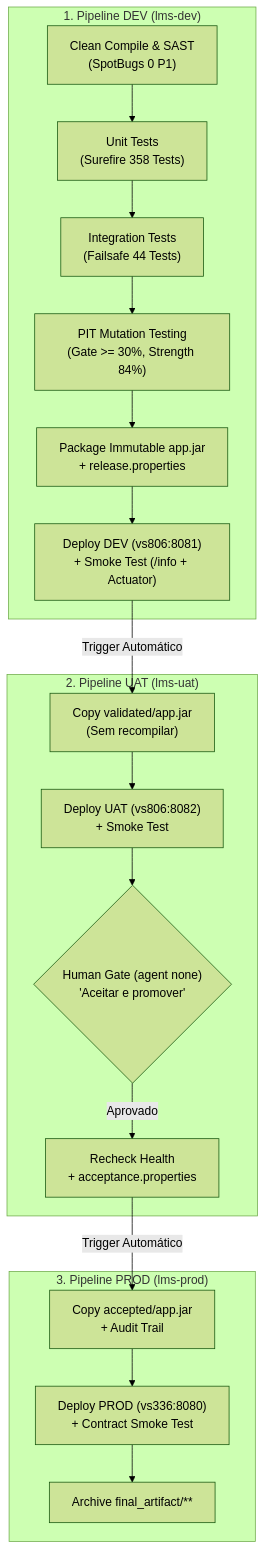
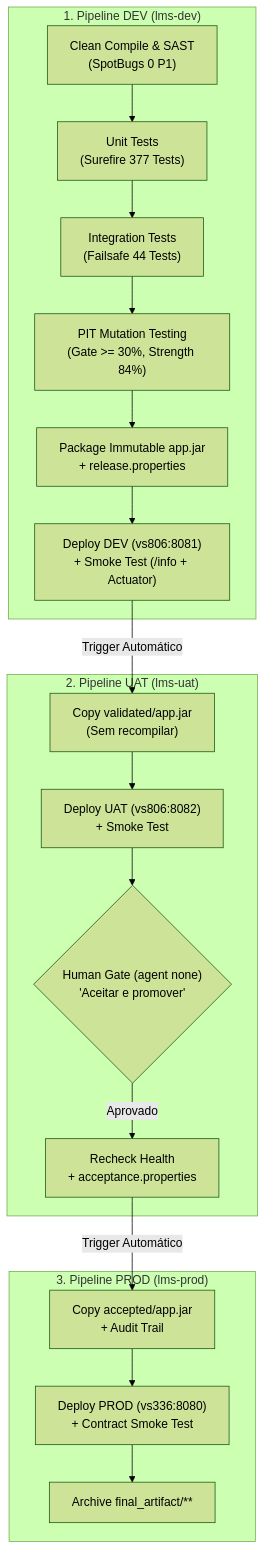
The diagram in README.md (RafaelBrandao04/psoft-project-2026-1), drawn with Mermaid (forest theme) before and after one commit. The commit also changed other lines of this file and 19 other files, not shown here.

````diff
--- a/README.md
+++ b/README.md
@@ -58,24 +51,24 @@
 ```mermaid
 flowchart TD
     subgraph Job1["1. Pipeline DEV (lms-dev)"]
-        COMPILE["Clean Compile & SAST<br/>(SpotBugs 0 P1)"] --> UNIT["Unit Tests<br/>(Surefire 358 Tests)"]
+        COMPILE["Clean Compile & SAST<br/>(SpotBugs 0 P1)"] --> UNIT["Unit Tests<br/>(Surefire 377 Tests)"]
         UNIT --> IT["Integration Tests<br/>(Failsafe 44 Tests)"]
         IT --> PIT["PIT Mutation Testing<br/>(Gate >= 30%, Strength 84%)"]
         PIT --> PKG["Package Immutable app.jar<br/>+ release.properties"]
         PKG --> DEV_DEPLOY["Deploy DEV (vs806:8081)<br/>+ Smoke Test (/info + Actuator)"]
     end
 
     subgraph Job2["2. Pipeline UAT (lms-uat)"]
         UAT_COPY["Copy validated/app.jar<br/>(Sem recompilar)"] --> UAT_DEPLOY["Deploy UAT (vs806:8082)<br/>+ Smoke Test"]
         UAT_DEPLOY --> GATE{"Human Gate (agent none)<br/>'Aceitar e promover'"}
         GATE -->|Aprovado| UAT_RECHECK["Recheck Health<br/>+ acceptance.properties"]
     end
 
     subgraph Job3["3. Pipeline PROD (lms-prod)"]
         PROD_COPY["Copy accepted/app.jar<br/>+ Audit Trail"] --> PROD_DEPLOY["Deploy PROD (vs336:8080)<br/>+ Contract Smoke Test"]
         PROD_DEPLOY --> FINAL["Archive final_artifact/**"]
     end
 
     DEV_DEPLOY -->|Trigger Automático| UAT_COPY
     UAT_RECHECK -->|Trigger Automático| PROD_COPY
 ```
````
